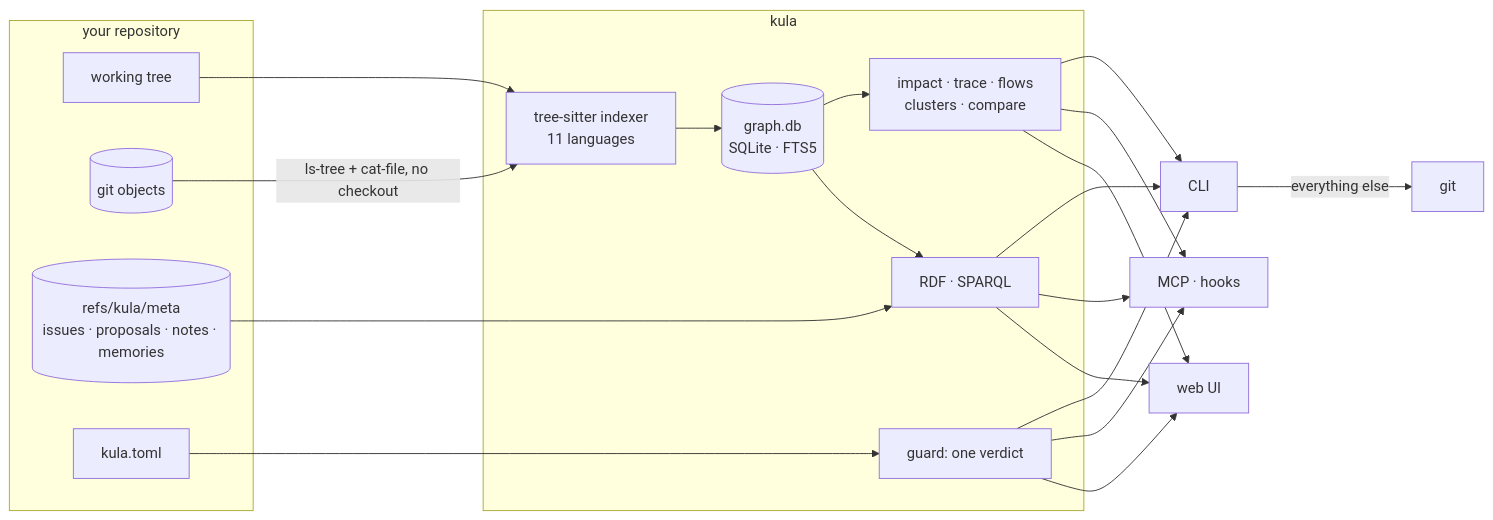
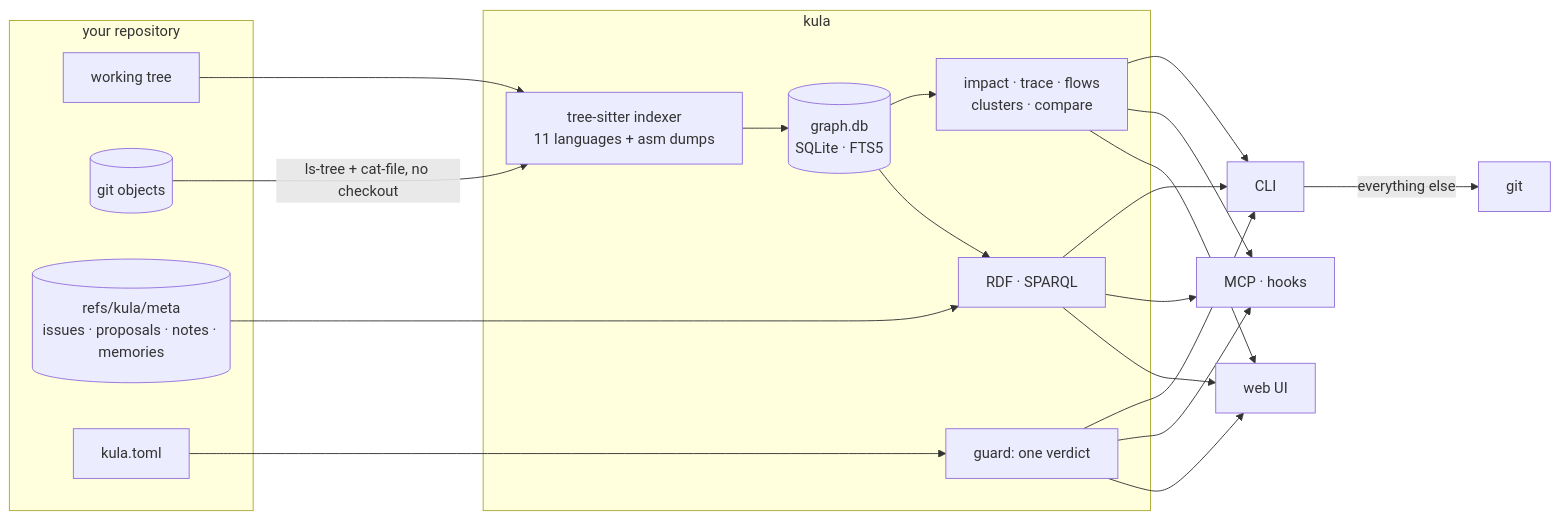
One commit to A12N4V/kula changed the fourth of 4 diagrams in README.md. Above: the diagram before and after it, drawn with Mermaid. The commit also changed other lines of this file and 9 other files, not shown here.

````diff
--- a/README.md
+++ b/README.md
@@ -377,26 +377,26 @@
 ```mermaid
 flowchart LR
     subgraph repo[your repository]
         WT[working tree]
         GIT[(git objects)]
         META[(refs/kula/meta<br/>issues · proposals · notes · memories)]
         TOML[kula.toml]
     end
     subgraph kula[kula]
-        IDX[tree-sitter indexer<br/>11 languages]
+        IDX[tree-sitter indexer<br/>11 languages + asm dumps]
         DB[(graph.db<br/>SQLite · FTS5)]
         G[impact · trace · flows<br/>clusters · compare]
         GU[guard: one verdict]
         KG[RDF · SPARQL]
     end
     WT --> IDX
     GIT -->|ls-tree + cat-file, no checkout| IDX
     IDX --> DB --> G
     DB --> KG
     META --> KG
     TOML --> GU
     G & GU & KG --> CLI[CLI]
     G & GU & KG --> MCP[MCP · hooks]
     G & GU & KG --> UI[web UI]
     CLI -->|everything else| GITBIN[git]
 ```
````
